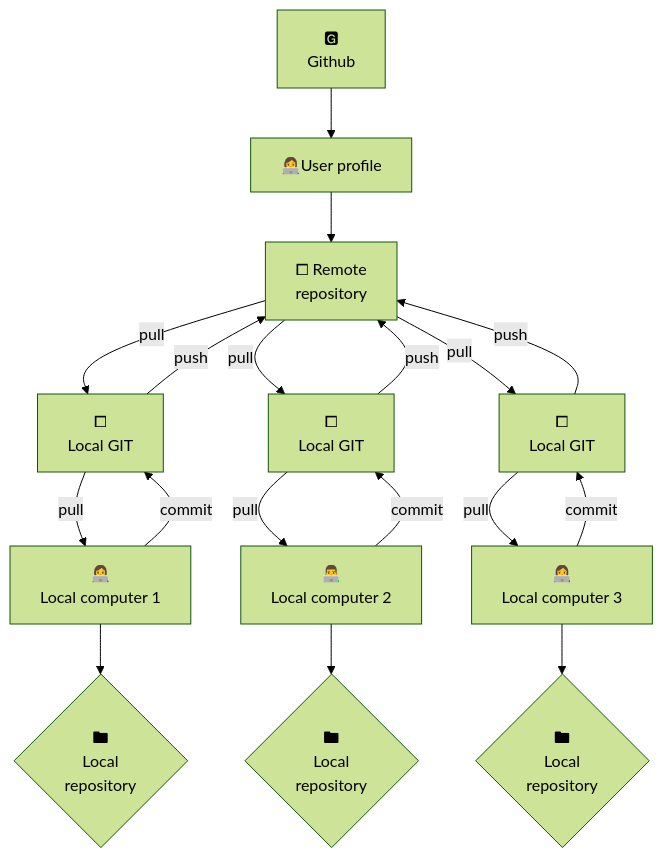
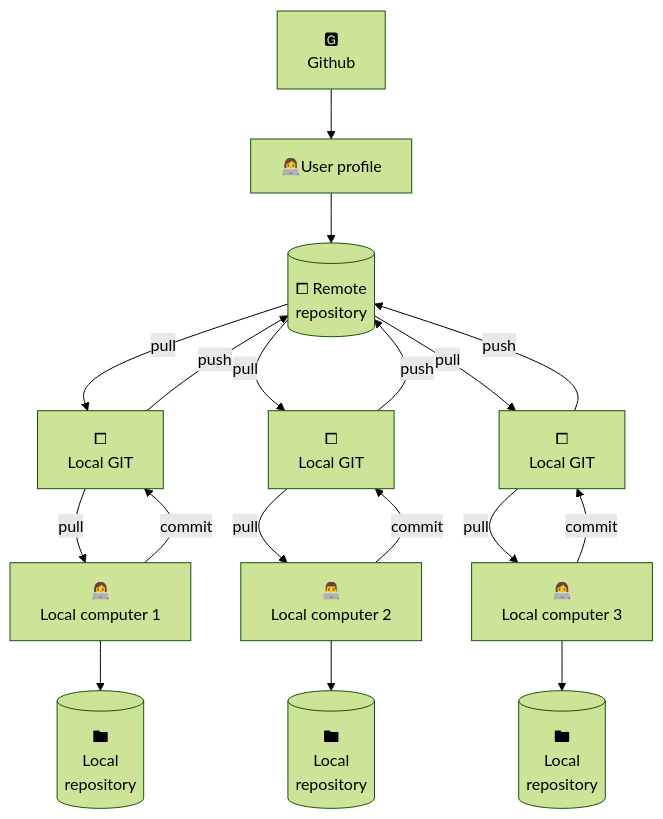
Before and after one commit to charlstown/ai-applied-education: the second of 3 diagrams in docs/program/unit-1/11-introduction-to-github-and-notebooks.md, drawn with Mermaid (forest theme). The commit also changed other lines of this file, not shown here.

````diff
--- a/docs/program/unit-1/11-introduction-to-github-and-notebooks.md
+++ b/docs/program/unit-1/11-introduction-to-github-and-notebooks.md
@@ -61,20 +61,20 @@
 ``` mermaid
 graph TD
     G["🅶\nGithub"] --> UR["👩‍💻User profile"];
-    UR --> RR["⧠ Remote\nrepository"];
+    UR --> RR[("⧠ Remote\nrepository")];
     RR -->|pull| LG1["⧠\nLocal GIT"];
     LG1 -->|push| RR;
     LG1 -->|pull| WS1["👩‍💻\nLocal computer 1"];
     WS1 -->|commit| LG1;
-    WS1 --> LR1{"🖿\nLocal\nrepository"}
+    WS1 --> LR1[("🖿\nLocal\nrepository")];
     RR -->|pull| LG2["⧠\nLocal GIT"];
     LG2 -->|push| RR;
     LG2 -->|pull| WS2["👨‍💻\nLocal computer 2"];
     WS2 -->|commit| LG2;
-    WS2 --> LR2{"🖿\nLocal\nrepository"}
+    WS2 --> LR2[("🖿\nLocal\nrepository")];
     RR -->|pull| LG3["⧠\nLocal GIT"];
     LG3 -->|push| RR;
     LG3 -->|pull| WS3["👩‍💻\nLocal computer 3"];
     WS3 -->|commit| LG3;
-    WS3 --> LR3{"🖿\nLocal\nrepository"}
+    WS3 --> LR3[("🖿\nLocal\nrepository")]
 ```
````
